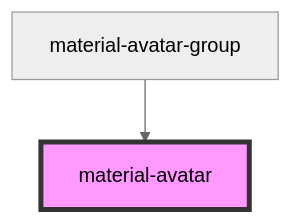
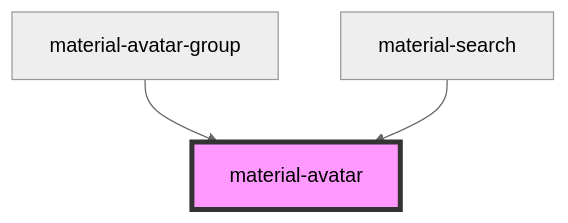
The diagram in src/components/material-avatar/readme.md (RobustaRush/material), drawn with Mermaid (neutral theme) before and after one commit. The commit also changed other lines of this file and 6 other files, not shown here.

First line of the commit message:
feat(search): material-search — MD3 Search bar + search view

````diff
--- a/src/components/material-avatar/readme.md
+++ b/src/components/material-avatar/readme.md
@@ -27,5 +28,6 @@
 ```mermaid
 graph TD;
   material-avatar-group --> material-avatar
+  material-search --> material-avatar
   style material-avatar fill:#f9f,stroke:#333,stroke-width:4px
 ```
````
